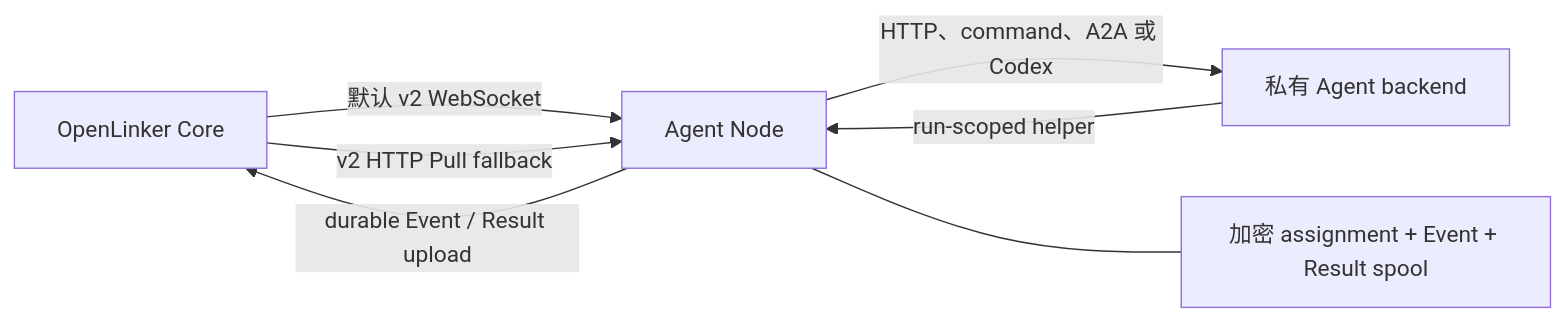
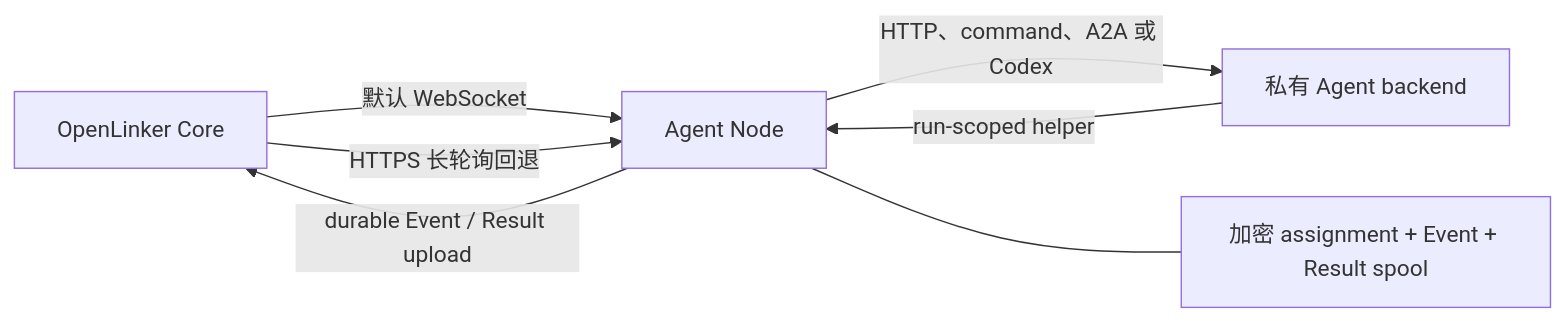
One commit to OpenLinker-ai/openlinker-agent-node changed the diagram in README.zh-CN.md. Above: the diagram before and after it, drawn with Mermaid. The commit also changed other lines of this file and 28 other files, not shown here.

````diff
--- a/README.zh-CN.md
+++ b/README.zh-CN.md
@@ -38,9 +38,9 @@
 ```mermaid
 flowchart LR
-  Core["OpenLinker Core"] -->|"默认 v2 WebSocket"| Node["Agent Node"]
-  Core -->|"v2 HTTP Pull fallback"| Node
+  Core["OpenLinker Core"] -->|"默认 WebSocket"| Node["Agent Node"]
+  Core -->|"HTTPS 长轮询回退"| Node
   Node -->|"HTTP、command、A2A 或 Codex"| Backend["私有 Agent backend"]
   Backend -->|"run-scoped helper"| Node
   Node -->|"durable Event / Result upload"| Core
   Node --- Store["加密 assignment + Event + Result spool"]
 ```
````
